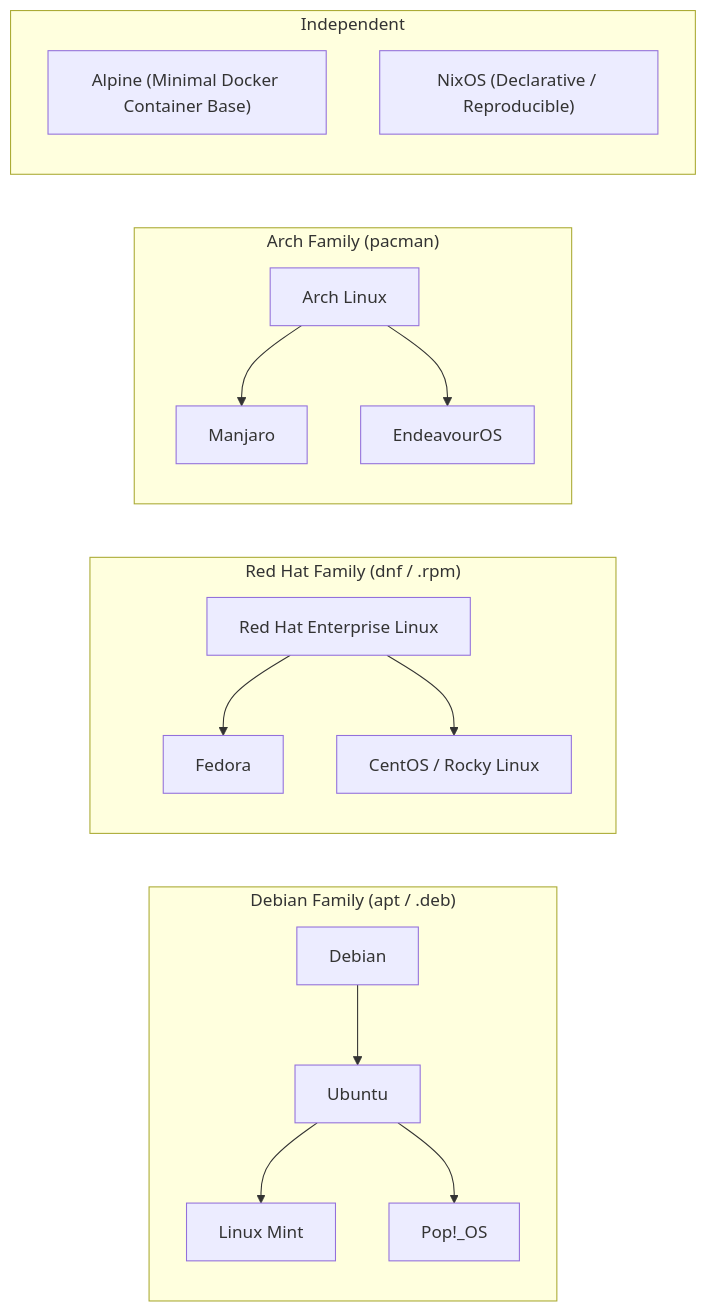
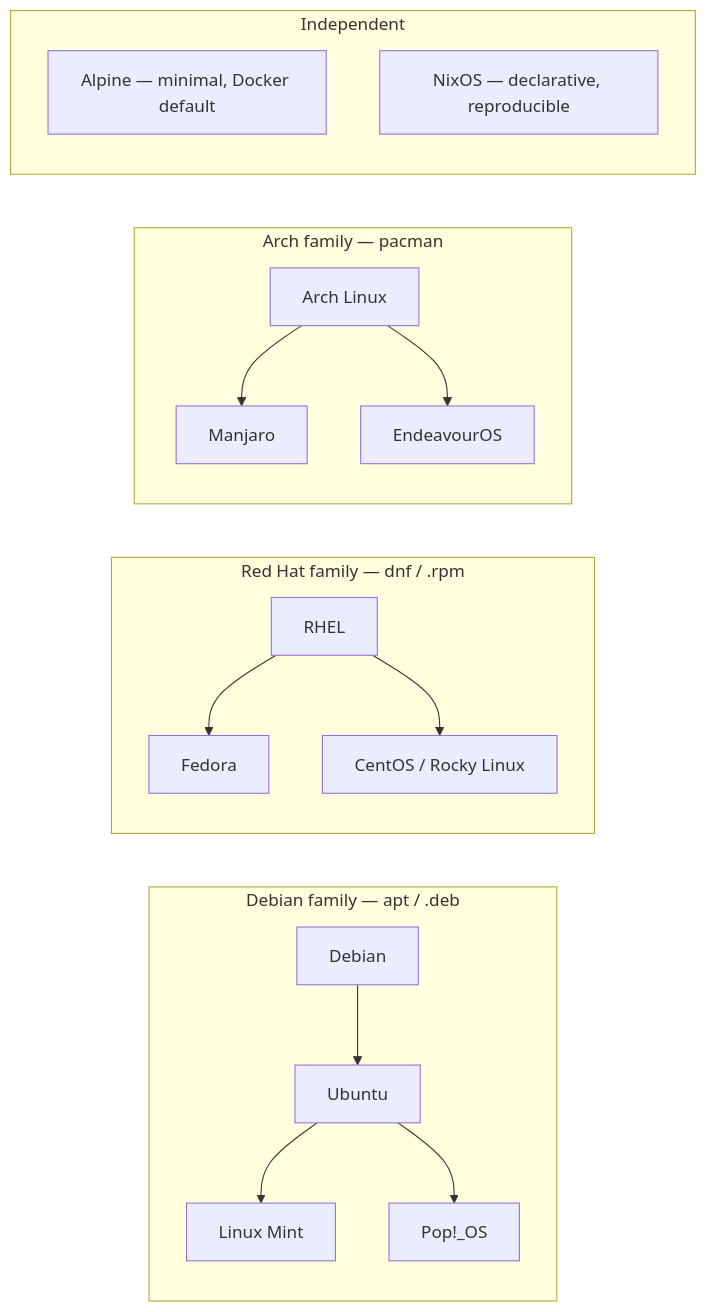
Before and after one commit to Aryan107rn/Obsidian_Second_Brain: the first of 2 diagrams in Computer Science/Web Development/Linux.md, drawn with Mermaid. The commit also changed other lines of this file and 15 other files, not shown here.

````diff
--- a/Computer Science/Web Development/Linux.md
+++ b/Computer Science/Web Development/Linux.md
@@ -22,20 +30,20 @@
 ```mermaid
 graph LR
-    subgraph Debian_Family["Debian Family (apt / .deb)"]
-        Debian --> Ubuntu
+    subgraph Debian["Debian family — apt / .deb"]
+        Debian1[Debian] --> Ubuntu
         Ubuntu --> Mint[Linux Mint]
         Ubuntu --> PopOS[Pop!_OS]
     end
-    subgraph RedHat_Family["Red Hat Family (dnf / .rpm)"]
-        RHEL[Red Hat Enterprise Linux] --> Fedora
+    subgraph RedHat["Red Hat family — dnf / .rpm"]
+        RHEL --> Fedora
         RHEL --> CentOS[CentOS / Rocky Linux]
     end
-    subgraph Arch_Family["Arch Family (pacman)"]
-        Arch[Arch Linux] --> Manjaro
-        Arch --> EndeavourOS
+    subgraph Arch["Arch family — pacman"]
+        ArchLinux[Arch Linux] --> Manjaro
+        ArchLinux --> EndeavourOS
     end
     subgraph Independent["Independent"]
-        Alpine["Alpine (Minimal Docker Container Base)"]
-        NixOS["NixOS (Declarative / Reproducible)"]
+        Alpine["Alpine — minimal, Docker default"]
+        NixOS["NixOS — declarative, reproducible"]
     end
 ```
````
